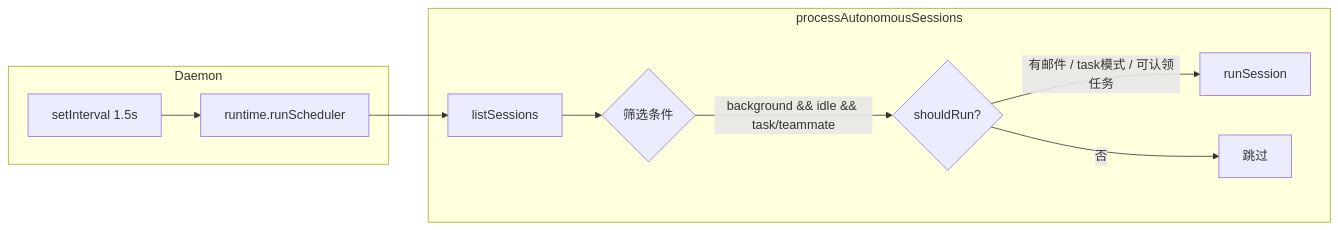
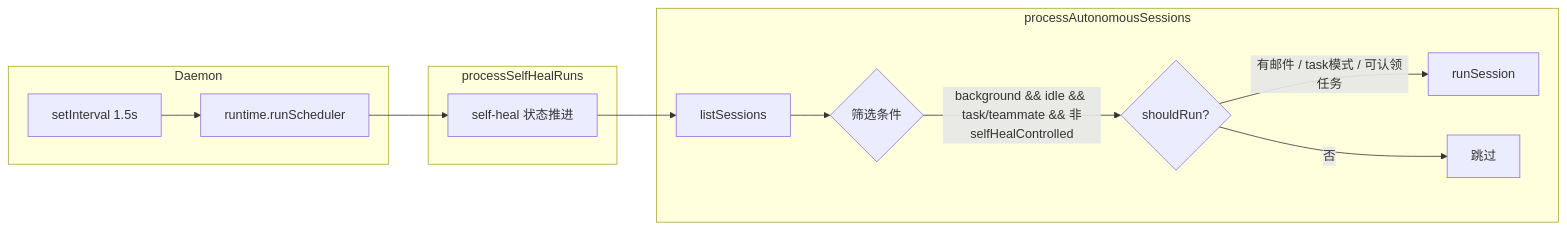
One commit to magele758/ppeng-agent-core changed the second of 7 diagrams in docs/ARCHITECTURE.md. Above: the diagram before and after it, drawn with Mermaid. The commit also changed other lines of this file and 58 other files, not shown here.

First line of the commit message:
feat: enhance .env configuration, add self-heal CLI commands, and improve web-console

````diff
--- a/docs/ARCHITECTURE.md
+++ b/docs/ARCHITECTURE.md
@@ -158,14 +160,18 @@
 ```mermaid
 flowchart LR
     subgraph daemon [Daemon]
         A[setInterval 1.5s] --> B[runtime.runScheduler]
     end
 
+    subgraph selfheal [processSelfHealRuns]
+        B --> SH[self-heal 状态推进]
+    end
+
     subgraph scheduler [processAutonomousSessions]
-        B --> C[listSessions]
+        SH --> C[listSessions]
         C --> D{筛选条件}
-        D -->|background && idle && task/teammate| E{shouldRun?}
+        D -->|background && idle && task/teammate && 非selfHealControlled| E{shouldRun?}
         E -->|有邮件 / task模式 / 可认领任务| F[runSession]
         E -->|否| G[跳过]
     end
 ```
````
